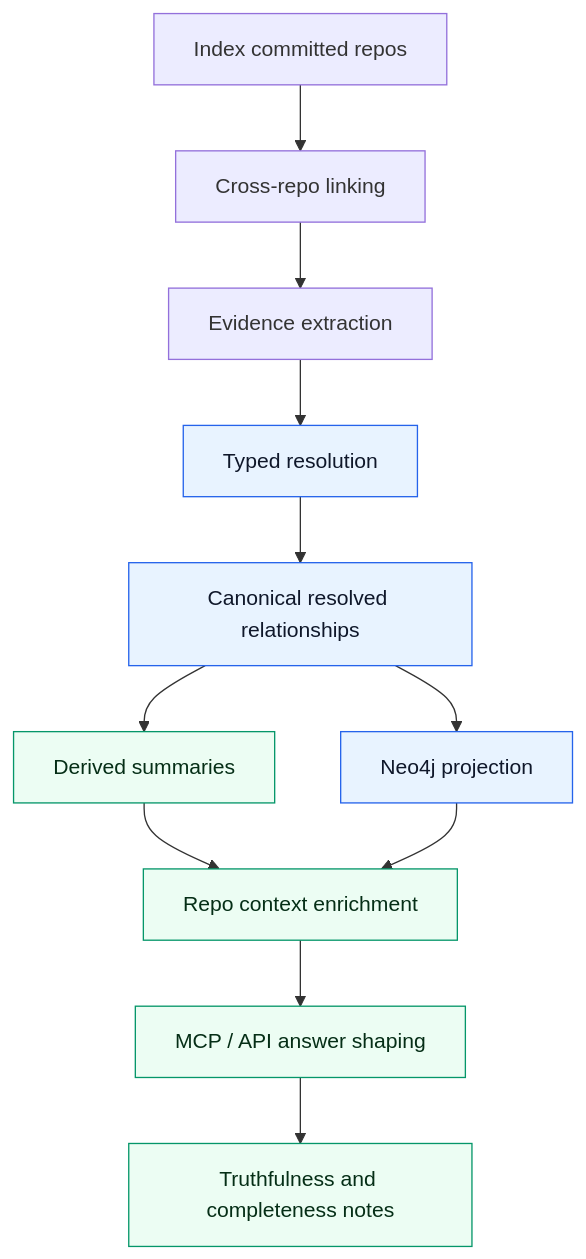
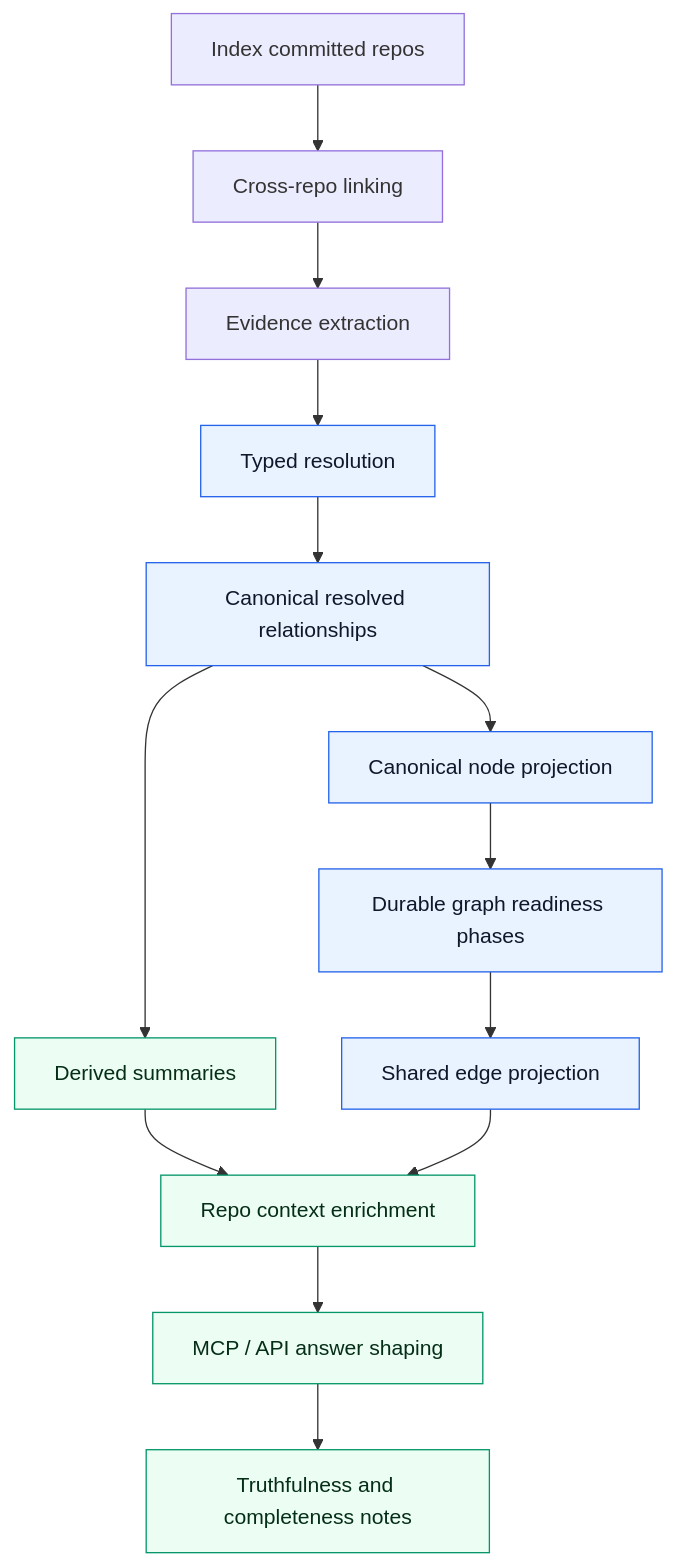
Before and after one commit to platformcontext/platform-context-graph: the first of 3 diagrams in docs/docs/reference/relationship-mapping.md, drawn with Mermaid. The commit also changed other lines of this file and 5 other files, not shown here.

````diff
--- a/docs/docs/reference/relationship-mapping.md
+++ b/docs/docs/reference/relationship-mapping.md
@@ -36,18 +36,20 @@
 ```mermaid
 flowchart TD
     A[Index committed repos] --> B[Cross-repo linking]
     B --> C[Evidence extraction]
     C --> D[Typed resolution]
     D --> E[Canonical resolved relationships]
-    E --> F[Neo4j projection]
-    E --> G[Derived summaries]
-    G --> H[Repo context enrichment]
-    F --> H
-    H --> I[MCP / API answer shaping]
-    I --> J[Truthfulness and completeness notes]
+    E --> F[Canonical node projection]
+    F --> G[Durable graph readiness phases]
+    G --> H[Shared edge projection]
+    E --> I[Derived summaries]
+    I --> J[Repo context enrichment]
+    H --> J
+    J --> K[MCP / API answer shaping]
+    K --> L[Truthfulness and completeness notes]
 
     classDef canonical fill:#e8f3ff,stroke:#2563eb,color:#0f172a;
     classDef derived fill:#ecfdf3,stroke:#059669,color:#052e16;
-    class D,E,F canonical;
-    class G,H,I,J derived;
+    class D,E,F,G,H canonical;
+    class I,J,K,L derived;
 ```
````
